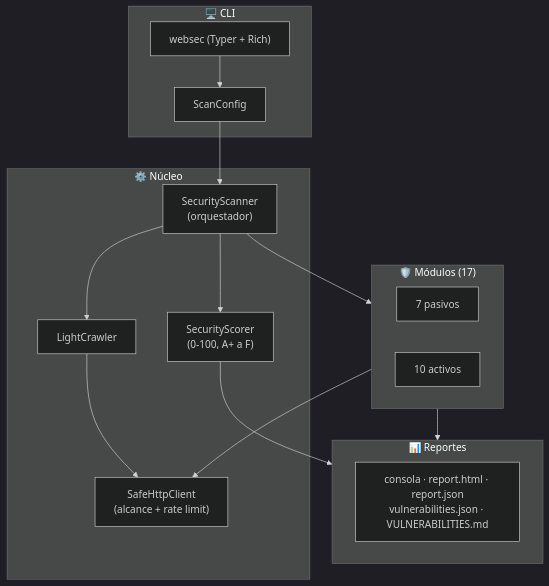
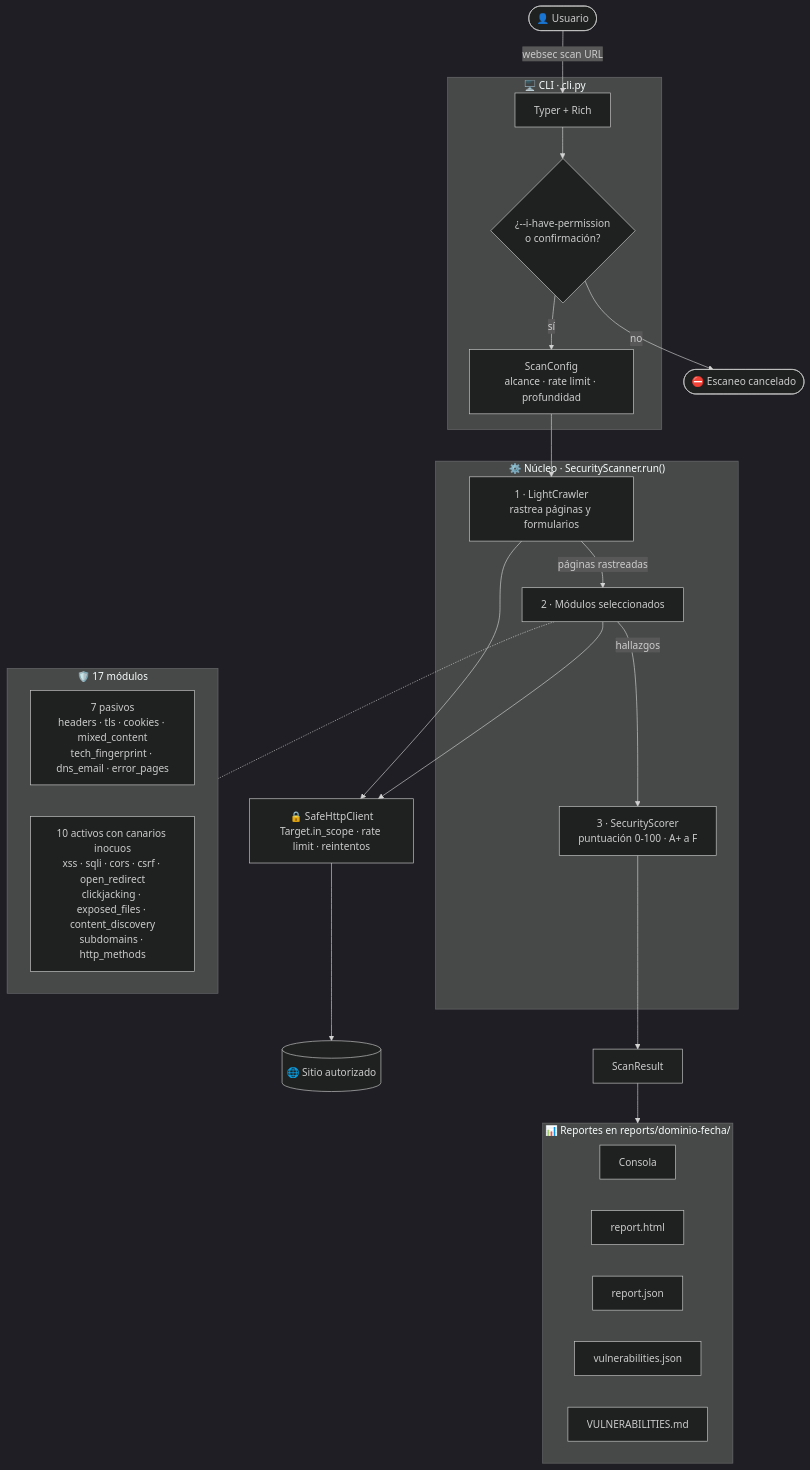
One commit to 14KD/web-sec changed the diagram in README.md. Above: the diagram before and after it, drawn with Mermaid (dark theme). The commit also changed other lines of this file, not shown here.

Commit message:
docs: redraw README architecture diagram to match the real scan flow
Show the permission gate, the three phases of SecurityScanner.run()
(crawl, modules, score), that all traffic goes through SafeHttpClient,
and that the CLI builds the reports from ScanResult.

````diff
--- a/README.md
+++ b/README.md
@@ -38,29 +38,45 @@
 ```mermaid
 flowchart TD
-    subgraph CLI ["🖥️ CLI"]
-        app["websec (Typer + Rich)"]
-        config["ScanConfig"]
+    user(["👤 Usuario"]) -->|"websec scan URL"| cli
+
+    subgraph sgCli ["🖥️ CLI · cli.py"]
+        cli["Typer + Rich"]
+        perm{"¿--i-have-permission<br/>o confirmación?"}
+        cfg["ScanConfig<br/>alcance · rate limit · profundidad"]
+        cli --> perm
+        perm -->|"sí"| cfg
     end
+    perm -->|"no"| stop(["⛔ Escaneo cancelado"])
 
-    subgraph Core ["⚙️ Núcleo"]
-        scanner["SecurityScanner<br/>(orquestador)"]
-        http["SafeHttpClient<br/>(alcance + rate limit)"]
-        crawler["LightCrawler"]
-        scorer["SecurityScorer<br/>(0-100, A+ a F)"]
+    subgraph sgCore ["⚙️ Núcleo · SecurityScanner.run()"]
+        crawler["1 · LightCrawler<br/>rastrea páginas y formularios"]
+        mods["2 · Módulos seleccionados"]
+        scorer["3 · SecurityScorer<br/>puntuación 0-100 · A+ a F"]
+        crawler -->|"páginas rastreadas"| mods
+        mods -->|"hallazgos"| scorer
     end
+    cfg --> crawler
 
-    subgraph Modules ["🛡️ Módulos (17)"]
-        passive["7 pasivos"]
-        active["10 activos"]
+    subgraph sgCatalog ["🛡️ 17 módulos"]
+        passive["7 pasivos<br/>headers · tls · cookies · mixed_content<br/>tech_fingerprint · dns_email · error_pages"]
+        active["10 activos con canarios inocuos<br/>xss · sqli · cors · csrf · open_redirect<br/>clickjacking · exposed_files · content_discovery<br/>subdomains · http_methods"]
     end
+    mods -.- sgCatalog
 
-    subgraph Output ["📊 Reportes"]
-        out["consola · report.html · report.json<br/>vulnerabilities.json · VULNERABILITIES.md"]
+    http["🔒 SafeHttpClient<br/>Target.in_scope · rate limit · reintentos"]
+    site[("🌐 Sitio autorizado")]
+    crawler --> http
+    mods --> http
+    http --> site
+
+    scorer --> result["ScanResult"]
+
+    subgraph sgReports ["📊 Reportes en reports/dominio-fecha/"]
+        r1["Consola"]
+        r2["report.html"]
+        r3["report.json"]
+        r4["vulnerabilities.json"]
+        r5["VULNERABILITIES.md"]
     end
-
-    app --> config --> scanner
-    scanner --> crawler --> http
-    scanner --> Modules --> http
-    scanner --> scorer --> Output
-    Modules --> Output
+    result --> sgReports
 ```
````
